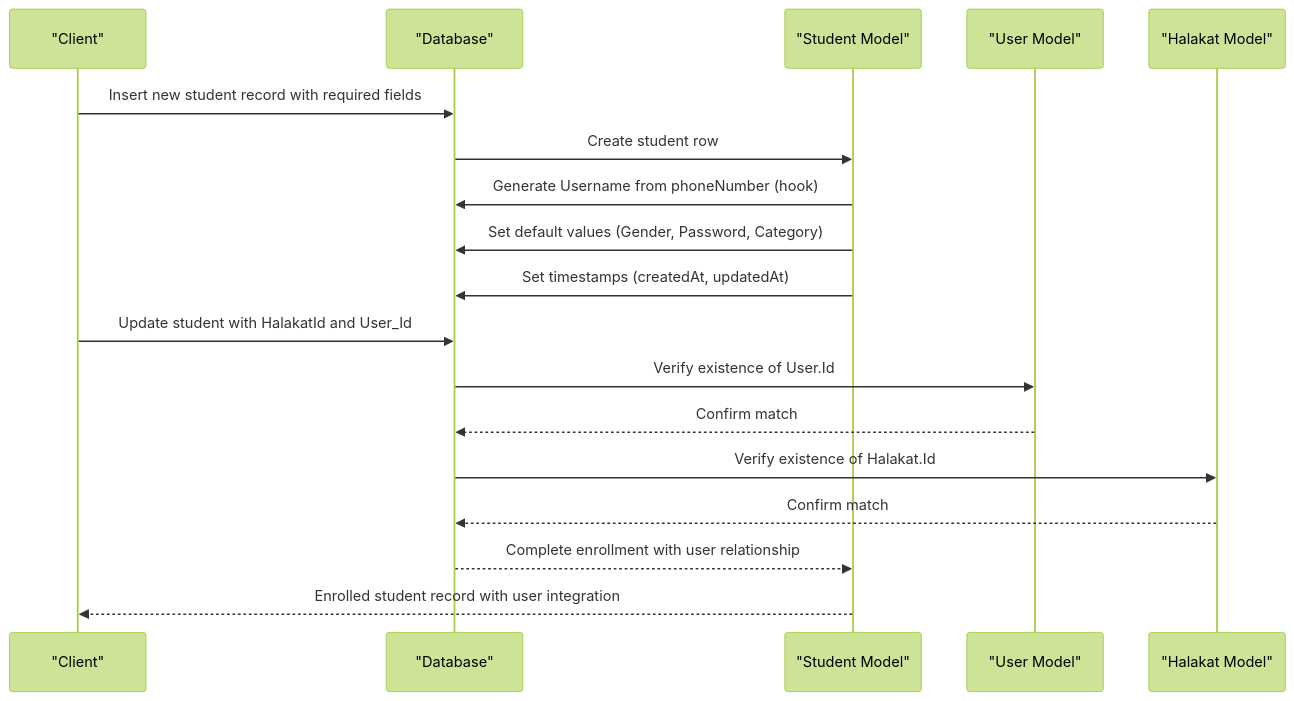
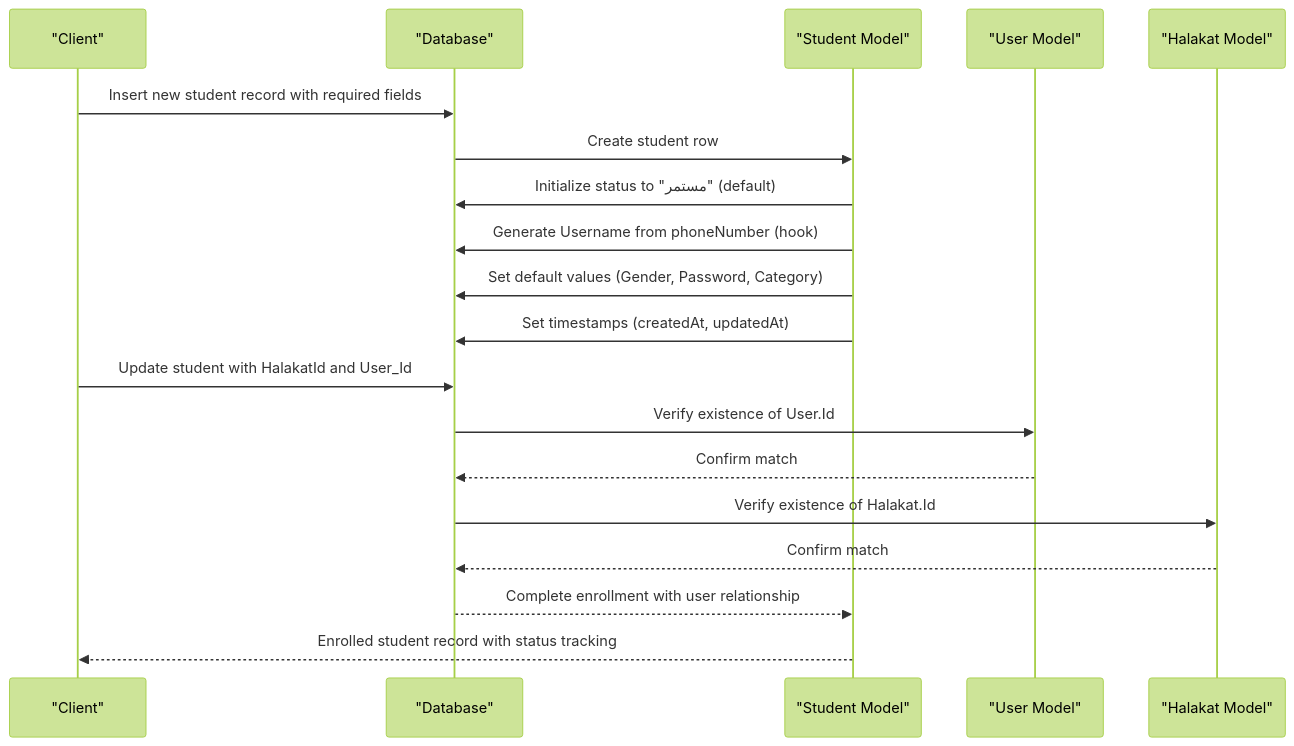
Before and after one commit to Mreng78/khirocom_project: the fourth of 8 diagrams in .qoder/repowiki/en/content/Database Design/Student Model.md, drawn with Mermaid (forest theme). The commit also changed other lines of this file and 6 other files, not shown here.

````diff
--- a/.qoder/repowiki/en/content/Database Design/Student Model.md
+++ b/.qoder/repowiki/en/content/Database Design/Student Model.md
@@ -202,20 +207,21 @@
 ```mermaid
 sequenceDiagram
 participant Client as "Client"
 participant DB as "Database"
 participant Student as "Student Model"
 participant User as "User Model"
 participant Halakat as "Halakat Model"
 Client->>DB : Insert new student record with required fields
 DB->>Student : Create student row
+Student->>DB : Initialize status to "مستمر" (default)
 Student->>DB : Generate Username from phoneNumber (hook)
 Student->>DB : Set default values (Gender, Password, Category)
 Student->>DB : Set timestamps (createdAt, updatedAt)
 Client->>DB : Update student with HalakatId and User_Id
 DB->>User : Verify existence of User.Id
 User-->>DB : Confirm match
 DB->>Halakat : Verify existence of Halakat.Id
 Halakat-->>DB : Confirm match
 DB-->>Student : Complete enrollment with user relationship
-Student-->>Client : Enrolled student record with user integration
+Student-->>Client : Enrolled student record with status tracking
 ```
````
